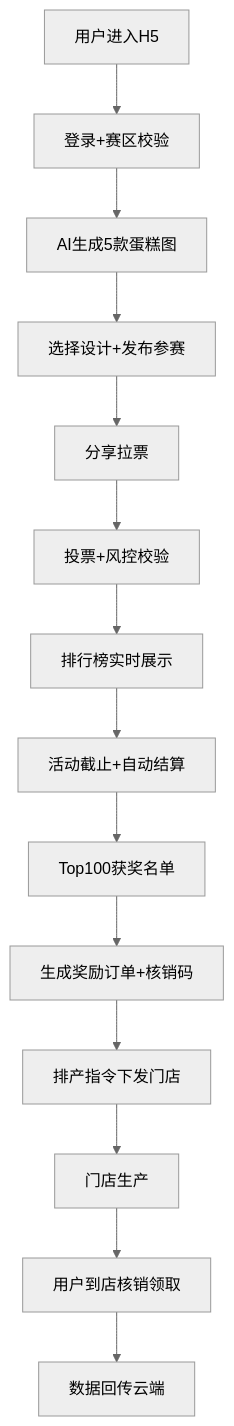
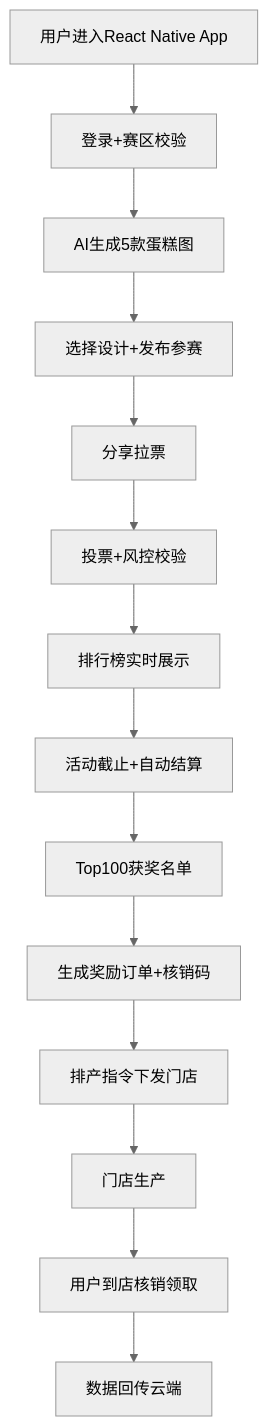
The first of 2 diagrams in docs/tasks/free-cake-mvp/tech-solution.md (hamr-hub/free-cake-mobile), drawn with Mermaid (neutral theme) before and after one commit. The commit also changed other lines of this file and 164 other files, not shown here.

````diff
--- a/docs/tasks/free-cake-mvp/tech-solution.md
+++ b/docs/tasks/free-cake-mvp/tech-solution.md
@@ -41,16 +41,16 @@
 ```mermaid
 flowchart TD
-    A[用户进入H5] --> B[登录+赛区校验]
+    A[用户进入React Native App] --> B[登录+赛区校验]
     B --> C[AI生成5款蛋糕图]
     C --> D[选择设计+发布参赛]
     D --> E[分享拉票]
     E --> F[投票+风控校验]
     F --> G[排行榜实时展示]
     G --> H[活动截止+自动结算]
     H --> I[Top100获奖名单]
     I --> J[生成奖励订单+核销码]
     J --> K[排产指令下发门店]
     K --> L[门店生产]
     L --> M[用户到店核销领取]
     M --> N[数据回传云端]
 ```
````
